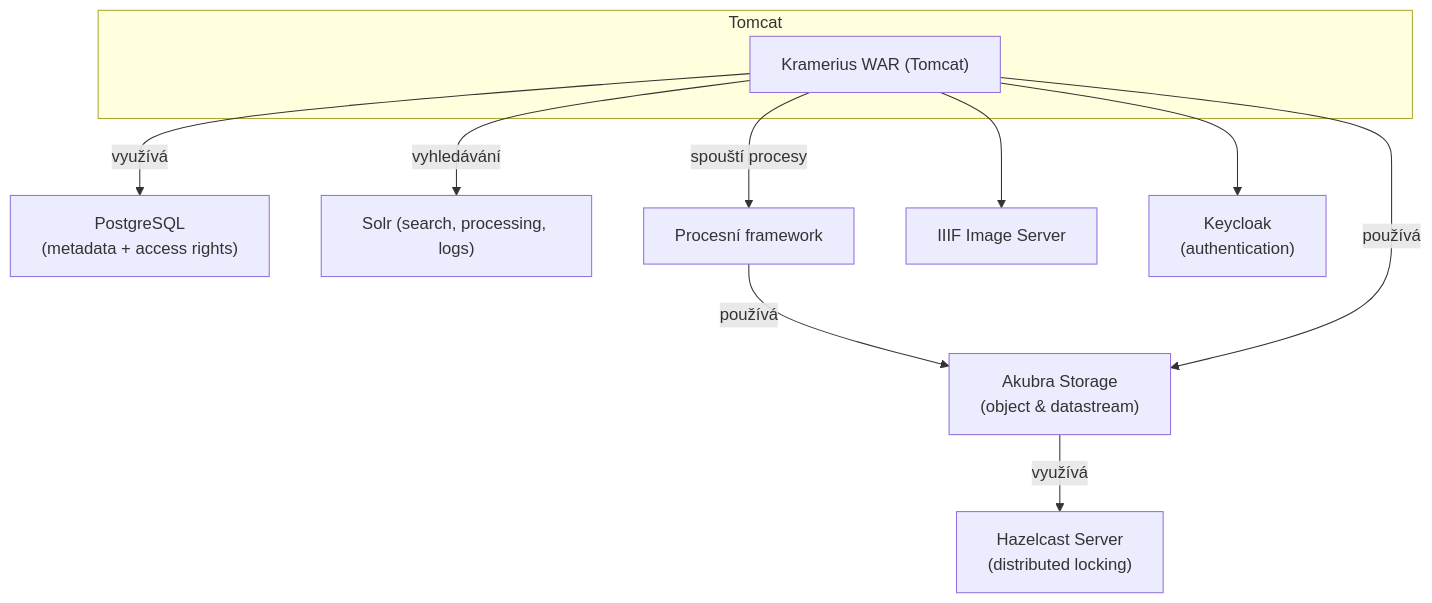
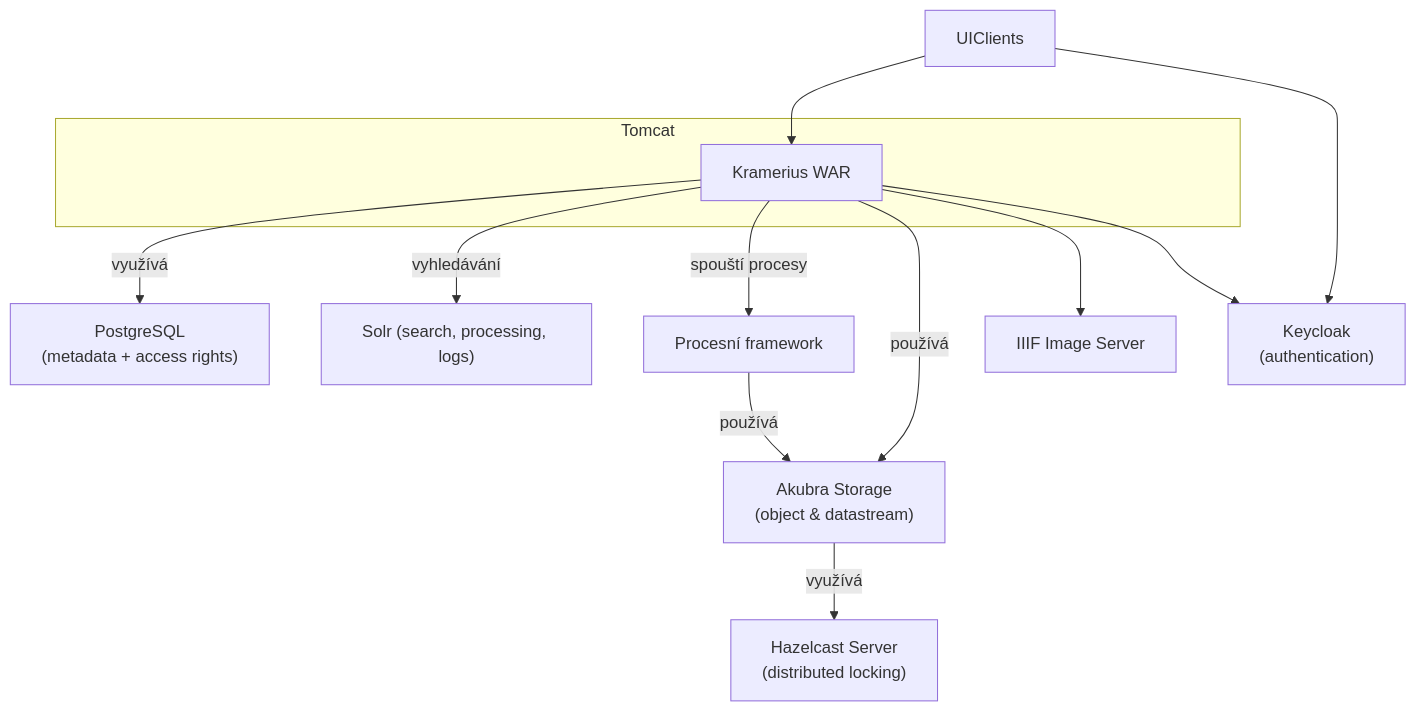
One commit to ceskaexpedice/misc changed the diagram in docs/architecture/index.md. Above: the diagram before and after it, drawn with Mermaid. The commit also changed other lines of this file and 5 other files, not shown here.

````diff
--- a/docs/architecture/index.md
+++ b/docs/architecture/index.md
@@ -75,15 +75,17 @@
 ```mermaid
 flowchart TB
   subgraph Tomcat
     KrameriusWAR["Kramerius WAR (Tomcat)"]
   end
 
   KrameriusWAR -->|využívá| PostgreSQL["PostgreSQL\n(metadata + access rights)"]
   KrameriusWAR -->|vyhledávání| Solr["Solr (search, processing, logs)"]
-  KrameriusWAR -->|spouští procesy| ProcFramework["Procesní framework"]
-  ProcFramework -->|používá| Akubra["Akubra Storage\n(object & datastream)"]
+  KrameriusWAR -->|spouští procesy| ProcPlatform["Procesní framework"]
+  ProcPlatform -->|používá| Akubra["Akubra Storage\n(object & datastream)"]
   KrameriusWAR -->|používá| Akubra
   Akubra -->|využívá| Hazelcast["Hazelcast Server\n(distributed locking)"]
   KrameriusWAR --> IIIF["IIIF Image Server"]
   KrameriusWAR --> Keycloak["Keycloak\n(authentication)"]
+  UIClients --> KrameriusWAR["Kramerius WAR"]
+  UIClients --> Keycloak["Keycloak\n(authentication)"]
 ```
````
